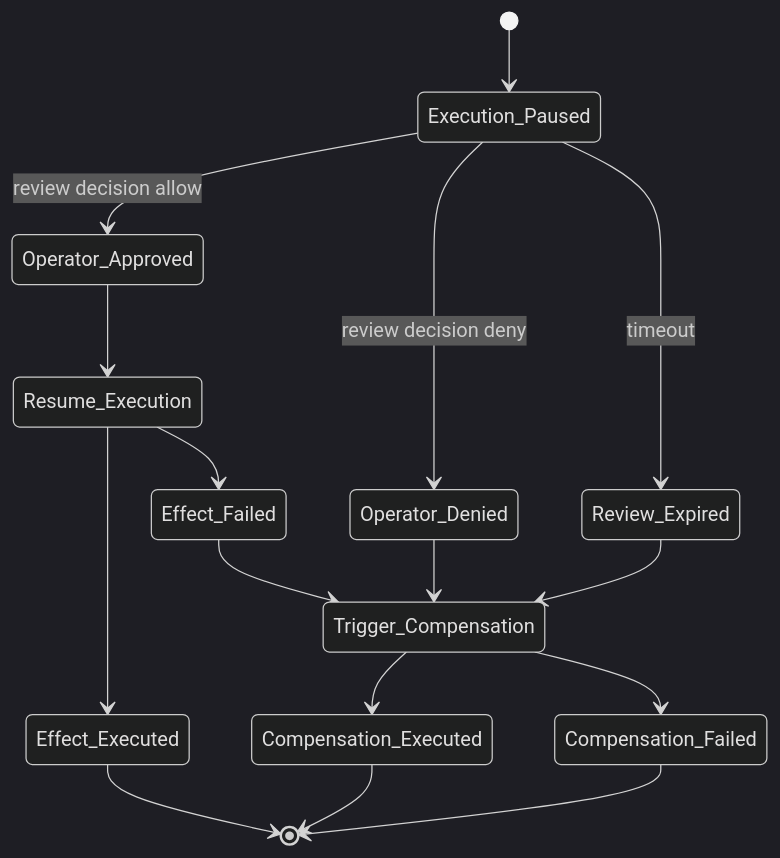
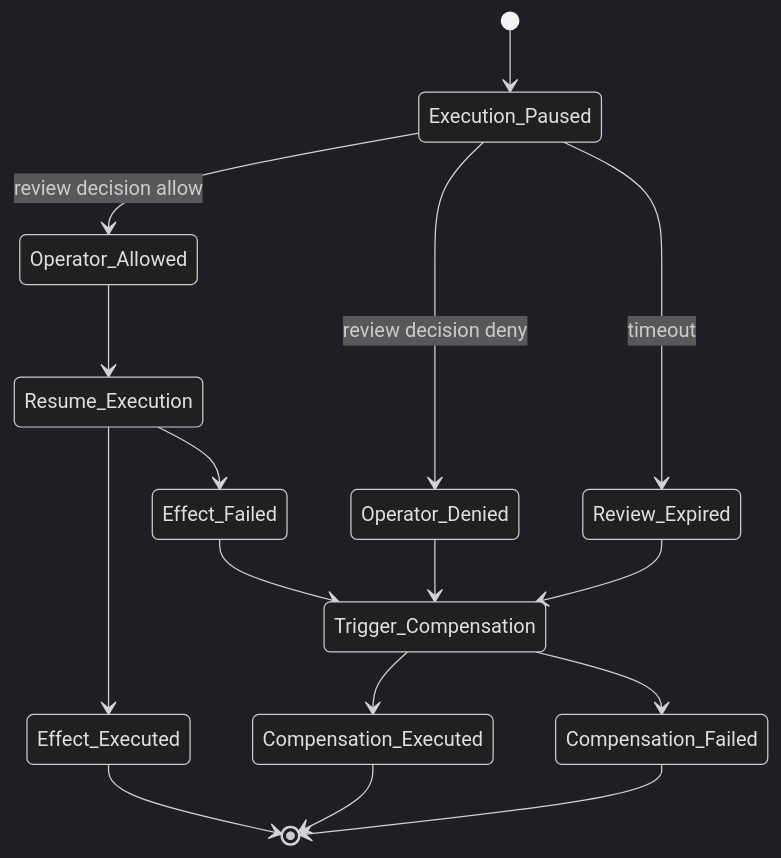
Before and after one commit to nshkrdotcom/docs: the diagram in GAOP/RFC-0007-hitl-and-compensation.md, drawn with Mermaid (dark theme). The commit also changed other lines of this file and 6 other files, not shown here.

````diff
--- a/GAOP/RFC-0007-hitl-and-compensation.md
+++ b/GAOP/RFC-0007-hitl-and-compensation.md
@@ -13,18 +13,18 @@
 ```mermaid
 stateDiagram-v2
     [*] --> Execution_Paused
-    Execution_Paused --> Operator_Approved: review decision allow
+    Execution_Paused --> Operator_Allowed: review decision allow
     Execution_Paused --> Operator_Denied: review decision deny
     Execution_Paused --> Review_Expired: timeout
-    Operator_Approved --> Resume_Execution
+    Operator_Allowed --> Resume_Execution
     Operator_Denied --> Trigger_Compensation
     Review_Expired --> Trigger_Compensation
     Resume_Execution --> Effect_Executed
     Resume_Execution --> Effect_Failed
     Effect_Failed --> Trigger_Compensation
     Trigger_Compensation --> Compensation_Executed
     Trigger_Compensation --> Compensation_Failed
     Effect_Executed --> [*]
     Compensation_Executed --> [*]
     Compensation_Failed --> [*]
 ```
````
